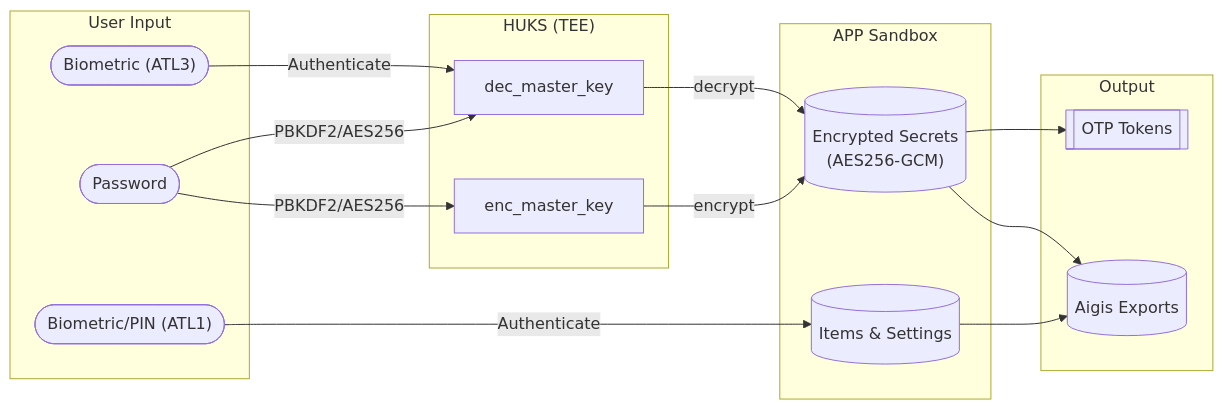
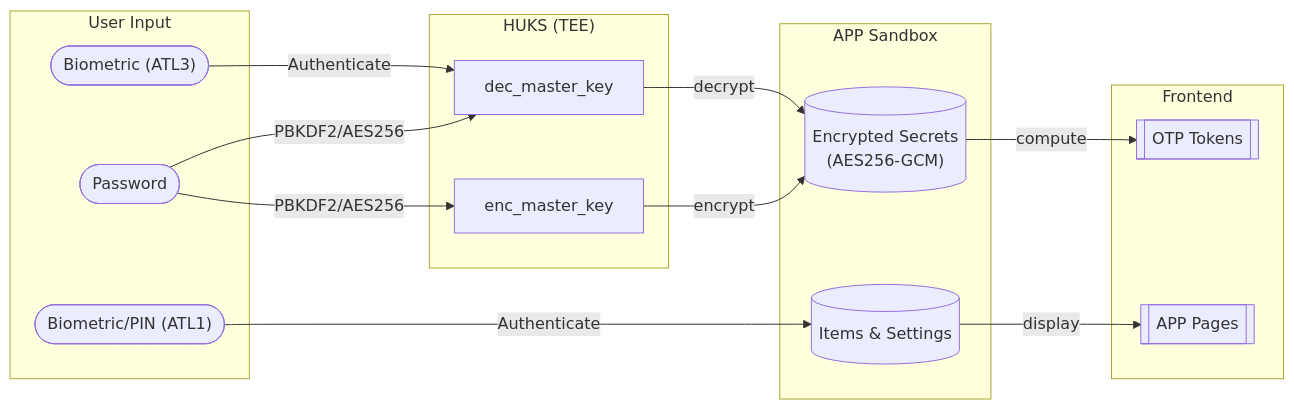
Before and after one commit to iamhyc/Aigis: the diagram in README.md, drawn with Mermaid. The commit also changed other lines of this file and 5 other files, not shown here.

````diff
--- a/README.md
+++ b/README.md
@@ -16,46 +16,43 @@
 ```mermaid
 flowchart LR
 
 Dst1[["OTP Tokens"]]
 Dst2[("Items & Settings")]
-Dst3[("Aigis Exports")]
+Dst4[["APP Pages"]]
 
 Src0(["Biometric/PIN (ATL1)"])
 
 Src1(["Biometric (ATL3)"])
 
 Src2(["Password"])
 Src2a["dec_master_key"]
 Via2[("Encrypted Secrets<br/>(AES256-GCM)")]
 Src2b["enc_master_key"]
 
 subgraph "User Input"
 Src0
 Src1
 Src2
 end
 
 subgraph "HUKS (TEE)"
 Src2a
 Src2b
 end
 
 subgraph "APP Sandbox"
 Via2
 Dst2
 end
 
-subgraph "Output"
+subgraph "Frontend"
 Dst1
-Dst3
+Dst4
 end
 
 Src1--Authenticate-->Src2a
-Src2--PBKDF2/AES256-->Src2a--decrypt-->Via2-->Dst1
+Src2--PBKDF2/AES256-->Src2a--decrypt-->Via2--compute-->Dst1
 Src2--PBKDF2/AES256-->Src2b--encrypt-->Via2
 
-Src0--"Authenticate"-->Dst2
-
-Via2-->Dst3
-Dst2-->Dst3
+Src0--"Authenticate"-->Dst2--display-->Dst4
 ```
````
